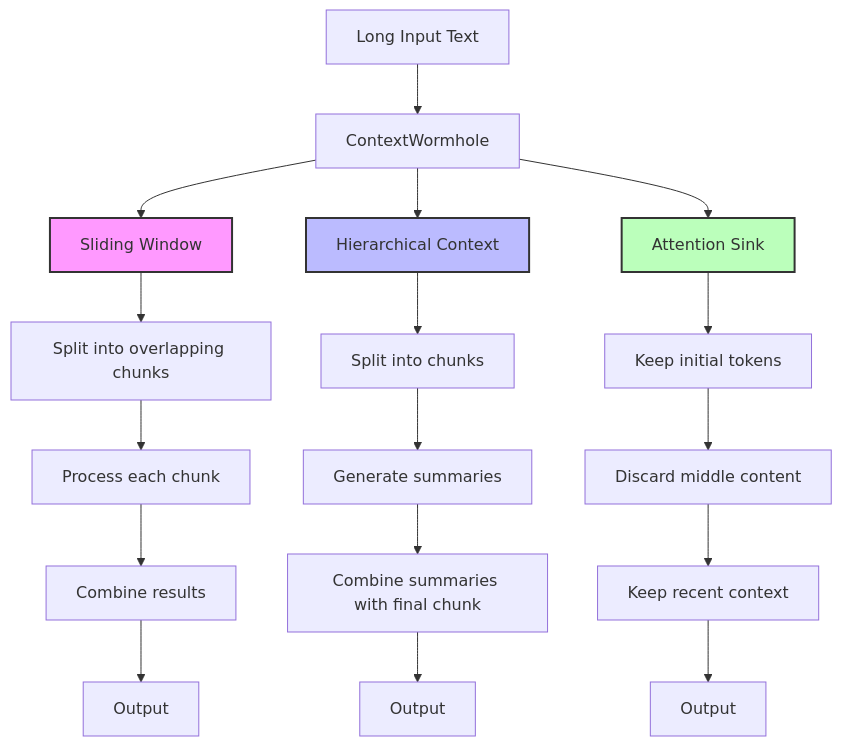
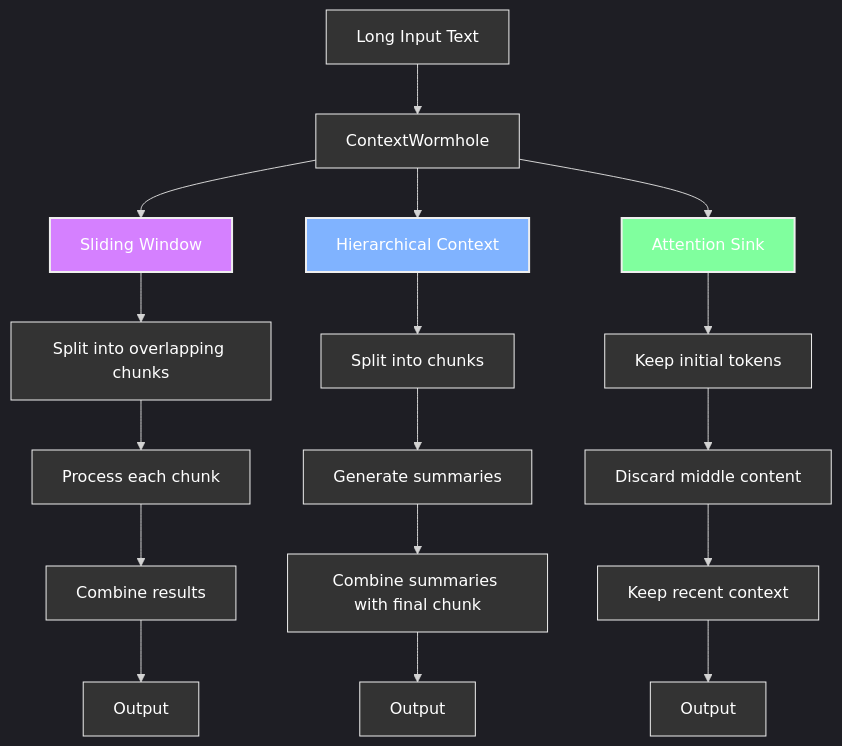
Before and after one commit to mbhatt1/ContextWormhole: the first of 2 diagrams in README.md, drawn with Mermaid. The commit also changed other lines of this file, not shown here.

Commit message:
Add diagram

````diff
--- a/README.md
+++ b/README.md
@@ -19,29 +19,32 @@
 ```mermaid
+%%{init: {'theme': 'dark'}}%%
 graph TD
     Input[Long Input Text] --> CW[ContextWormhole]
     CW --> SW[Sliding Window]
     CW --> HC[Hierarchical Context]
     CW --> AS[Attention Sink]
     
     %% Sliding Window Strategy
     SW --> SW1[Split into overlapping chunks]
     SW1 --> SW2[Process each chunk]
     SW2 --> SW3[Combine results]
     SW3 --> SWOut[Output]
     
     %% Hierarchical Context Strategy
     HC --> HC1[Split into chunks]
     HC1 --> HC2[Generate summaries]
     HC2 --> HC3[Combine summaries with final chunk]
     HC3 --> HCOut[Output]
     
     %% Attention Sink Strategy
     AS --> AS1[Keep initial tokens]
     AS1 --> AS2[Discard middle content]
     AS2 --> AS3[Keep recent context]
     AS3 --> ASOut[Output]
     
-    style SW fill:#f9f,stroke:#333,stroke-width:2px
-    style HC fill:#bbf,stroke:#333,stroke-width:2px
-    style AS fill:#bfb,stroke:#333,stroke-width:2px
+    style SW fill:#d580ff,stroke:#eee,stroke-width:2px
+    style HC fill:#80b3ff,stroke:#eee,stroke-width:2px
+    style AS fill:#80ff9e,stroke:#eee,stroke-width:2px
+    
+    classDef default fill:#333,stroke:#eee,color:#fff,stroke-width:1px
 ```
````
